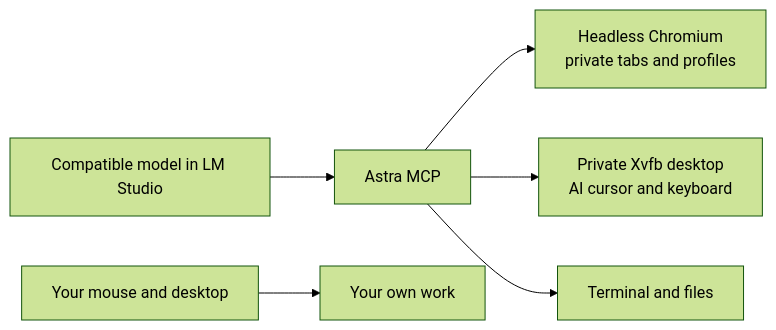
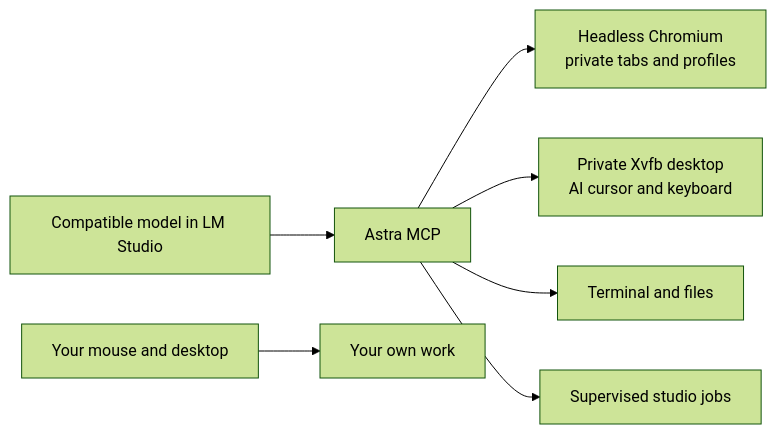
One commit to NermalYT/astra-mcp changed the diagram in README.md. Above: the diagram before and after it, drawn with Mermaid (forest theme). The commit also changed other lines of this file and 5 other files, not shown here.

````diff
--- a/README.md
+++ b/README.md
@@ -10,8 +11,9 @@
 ```mermaid
 flowchart LR
     M[Compatible model in LM Studio] --> A[Astra MCP]
     A --> B[Headless Chromium\nprivate tabs and profiles]
     A --> D[Private Xvfb desktop\nAI cursor and keyboard]
     A --> F[Terminal and files]
+    A --> J[Supervised studio jobs]
     U[Your mouse and desktop] --> W[Your own work]
 ```
````
